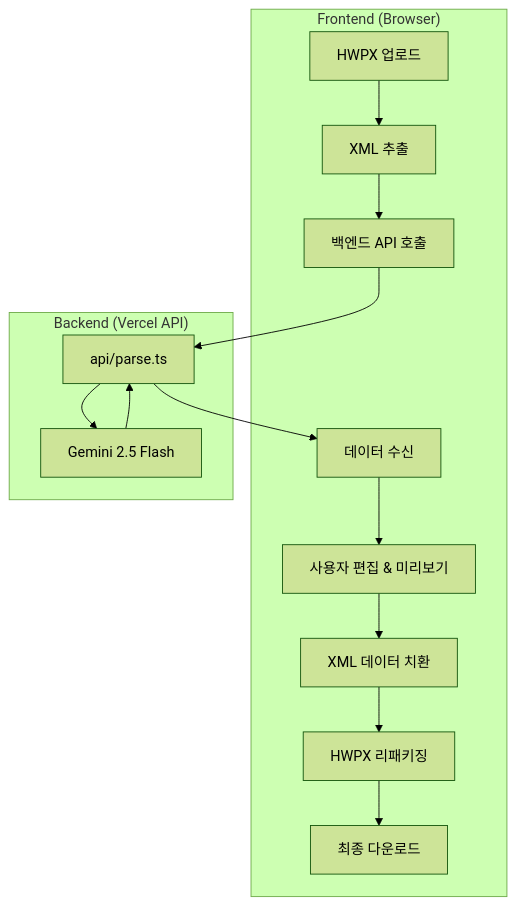
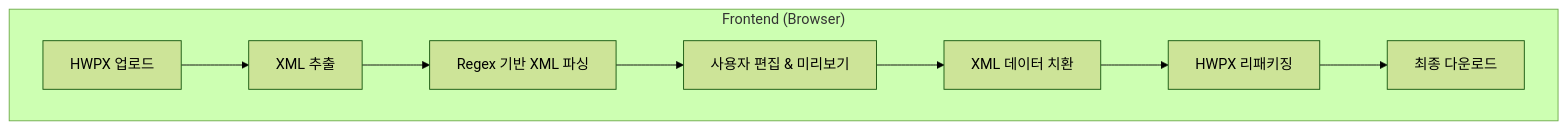
One commit to jpjp92/hwpx-back changed the diagram in README.md. Above: the diagram before and after it, drawn with Mermaid (forest theme). The commit also changed other lines of this file and 1 other file, not shown here.

````diff
--- a/README.md
+++ b/README.md
@@ -56,18 +47,11 @@
 ```mermaid
 flowchart TD
     subgraph Frontend ["Frontend (Browser)"]
         U[HWPX 업로드] --> UNZIP[XML 추출]
-        UNZIP --> REQ[백엔드 API 호출]
-        RES[데이터 수신] --> EDIT[사용자 편집 & 미리보기]
+        UNZIP --> PARSE[Regex 기반 XML 파싱]
+        PARSE --> EDIT[사용자 편집 & 미리보기]
         EDIT --> PATCH[XML 데이터 치환]
         PATCH --> REPACK[HWPX 리패키징]
         REPACK --> DL[최종 다운로드]
     end
-
-    subgraph Backend ["Backend (Vercel API)"]
-        REQ --> API[api/parse.ts]
-        API --> G[Gemini 2.5 Flash]
-        G --> API
-        API --> RES
-    end
 ```
````
